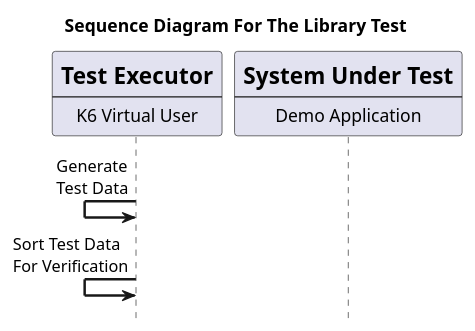
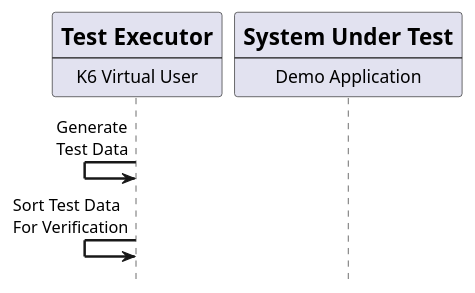
The diagram in k6-tests/diagrams/sorting-test.plantuml (latusikl/native-image-demo), drawn with PlantUML before and after one commit.

Commit message:
Remove diagram description

```diff
--- a/k6-tests/diagrams/sorting-test.plantuml
+++ b/k6-tests/diagrams/sorting-test.plantuml
@@ -1,27 +1,26 @@
 @startuml library-test
 skinparam sequenceArrowThickness 2
 skinparam responseMessageBelowArrow true
 hide footbox
 
-title Sequence Diagram For The Library Test
 
 participant exec[
     = Test Executor
     ----
     K6 Virtual User
 ]
 
 participant sut [
     = System Under Test
     ----
     Demo Application
 ]
 
 
 
 exec <- exec: Generate\nTest Data
 exec <- exec: Sort Test Data\nFor Verification
 
 
 
 @enduml
```
